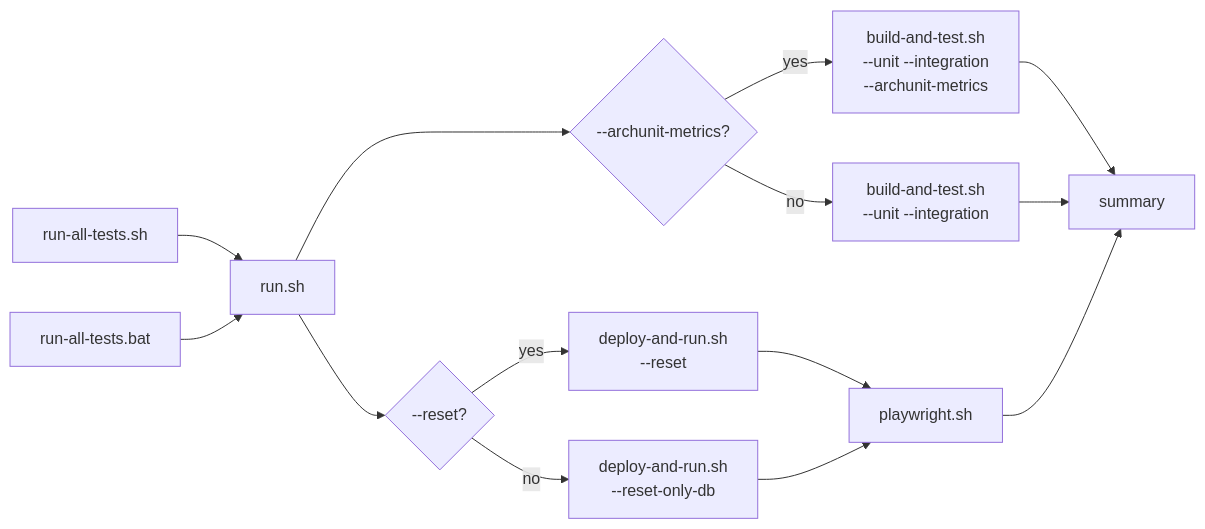
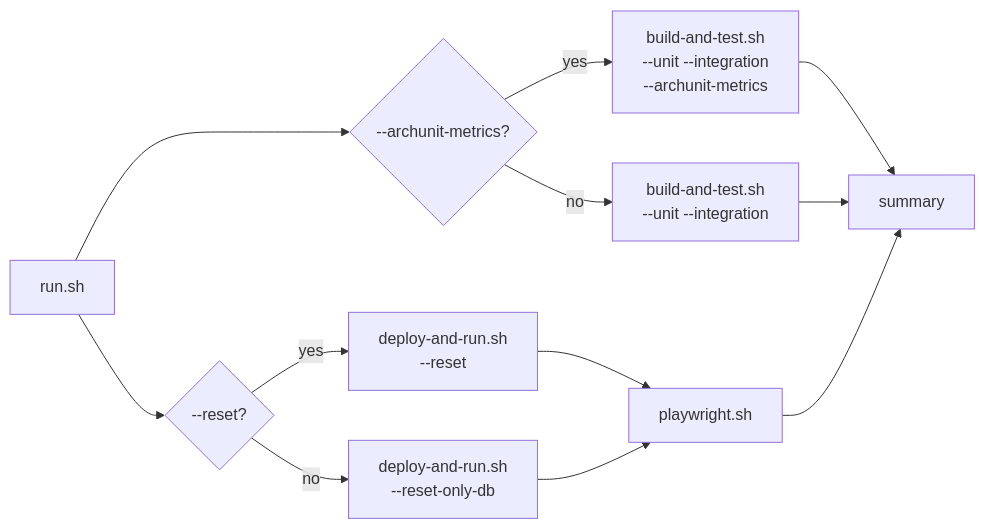
One commit to OstMutant/Advertisement changed the diagram in scripts/run-all-tests/README.md. Above: the diagram before and after it, drawn with Mermaid. The commit also changed other lines of this file and 79 other files, not shown here.

````diff
--- a/scripts/run-all-tests/README.md
+++ b/scripts/run-all-tests/README.md
@@ -18,14 +12,12 @@
 ```mermaid
 flowchart LR
-    A1[run-all-tests.sh] --> R[run.sh]
-    A2[run-all-tests.bat] --> R
-    R --> C{"--archunit-metrics?"}
+    R[run.sh] --> C{"--archunit-metrics?"}
     C -->|yes| B["build-and-test.sh<br/>--unit --integration<br/>--archunit-metrics"]
     C -->|no| B2["build-and-test.sh<br/>--unit --integration"]
     R --> D{"--reset?"}
     D -->|yes| D1["deploy-and-run.sh<br/>--reset"] --> P[playwright.sh]
     D -->|no| D2["deploy-and-run.sh<br/>--reset-only-db"] --> P
     B --> S[summary]
     B2 --> S
     P --> S
 ```
````
